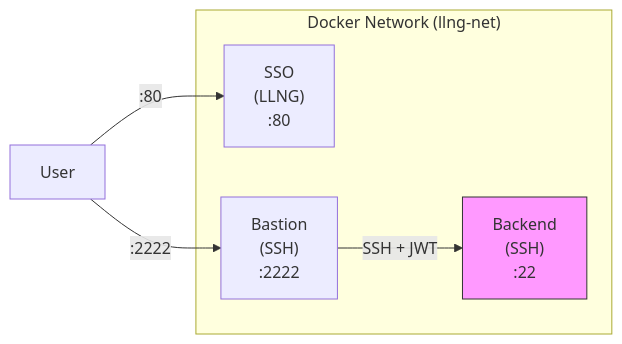
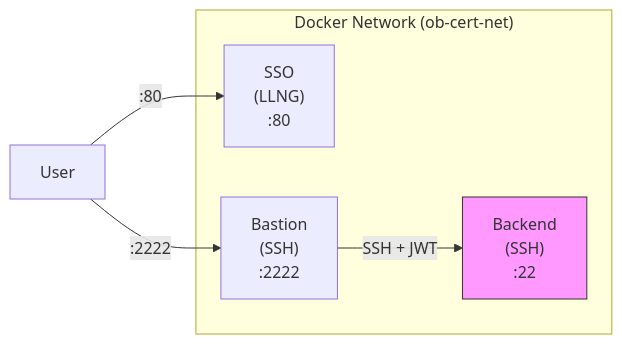
One commit to linagora/open-bastion changed the first of 3 diagrams in docker-demo-cert/README.md. Above: the diagram before and after it, drawn with Mermaid. The commit also changed other lines of this file, not shown here.

````diff
--- a/docker-demo-cert/README.md
+++ b/docker-demo-cert/README.md
@@ -14,14 +14,14 @@
 ```mermaid
 flowchart LR
-    subgraph Docker["Docker Network (llng-net)"]
+    subgraph Docker["Docker Network (ob-cert-net)"]
         SSO["SSO<br/>(LLNG)<br/>:80"]
         Bastion["Bastion<br/>(SSH)<br/>:2222"]
         Backend["Backend<br/>(SSH)<br/>:22"]
     end
 
     User["User"] -->|:80| SSO
     User -->|:2222| Bastion
     Bastion -->|SSH + JWT| Backend
 
     style Backend fill:#f9f,stroke:#333
 ```
````
